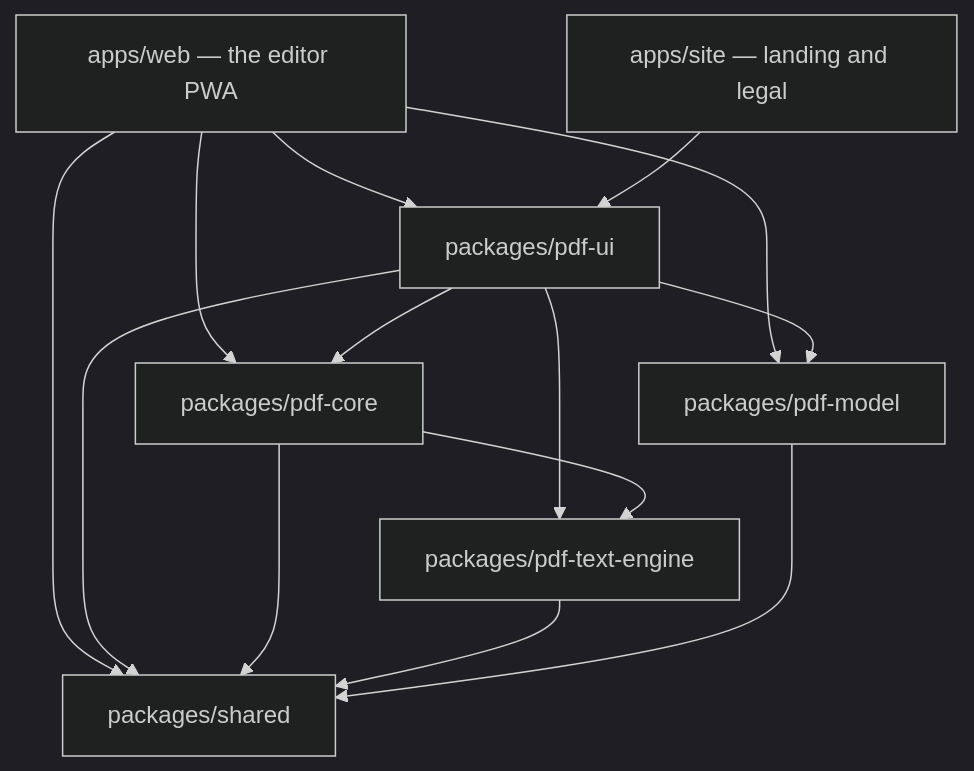
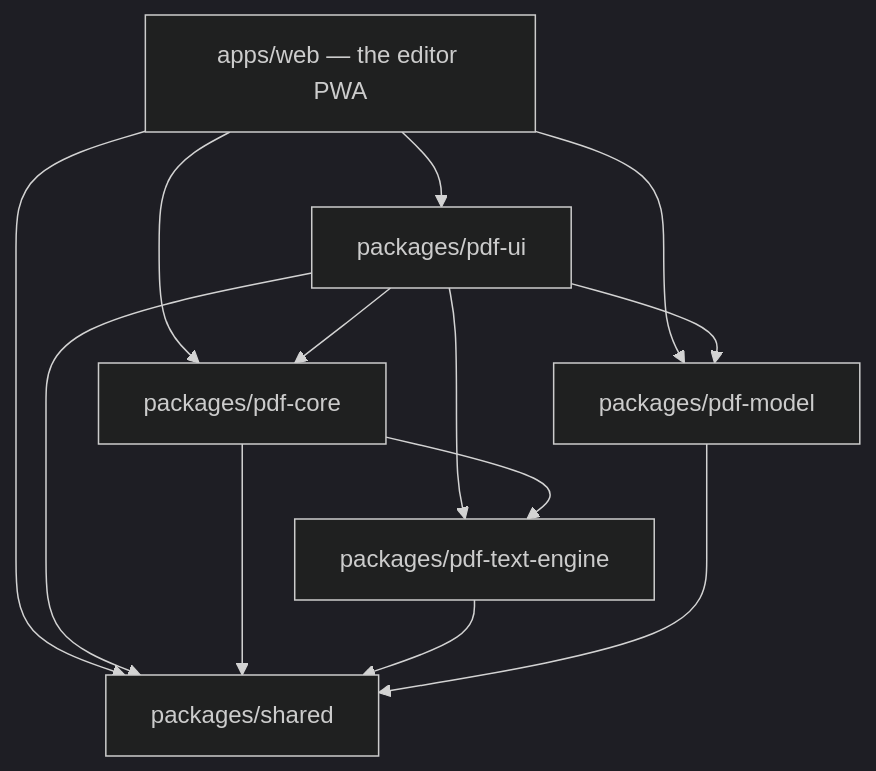
Before and after one commit to isolmaz/ss-pdf-editor: the first of 4 diagrams in docs/architecture.md, drawn with Mermaid (dark theme). The commit also changed other lines of this file and 24 other files, not shown here.

First line of the commit message:
Move the landing and legal pages out of this repository

````diff
--- a/docs/architecture.md
+++ b/docs/architecture.md
@@ -56,24 +56,22 @@
 ```mermaid
 graph TD
     web["apps/web — the editor PWA"]
-    site["apps/site — landing and legal"]
     ui["packages/pdf-ui"]
     core["packages/pdf-core"]
     model["packages/pdf-model"]
     text["packages/pdf-text-engine"]
     shared["packages/shared"]
 
     web --> ui
     web --> core
     web --> model
     web --> shared
     ui --> core
     ui --> model
     ui --> text
     ui --> shared
     core --> text
     core --> shared
     text --> shared
     model --> shared
-    site --> ui
 ```
````
